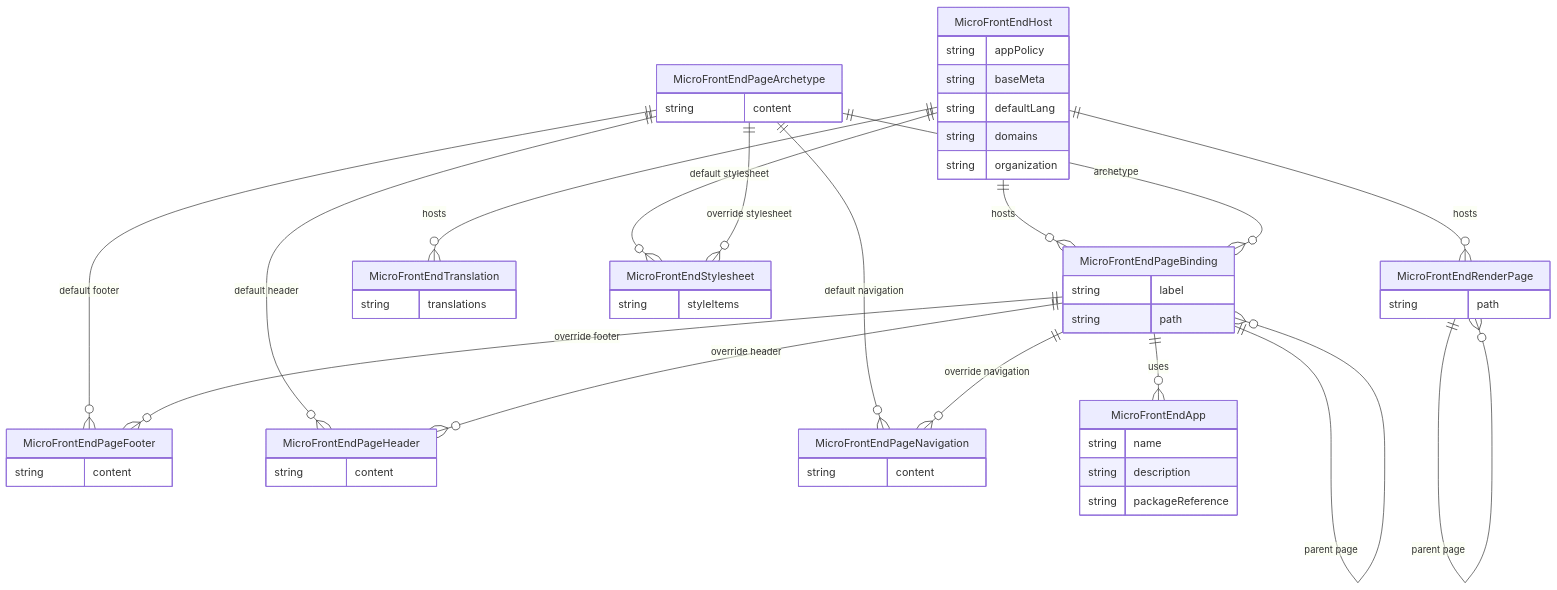
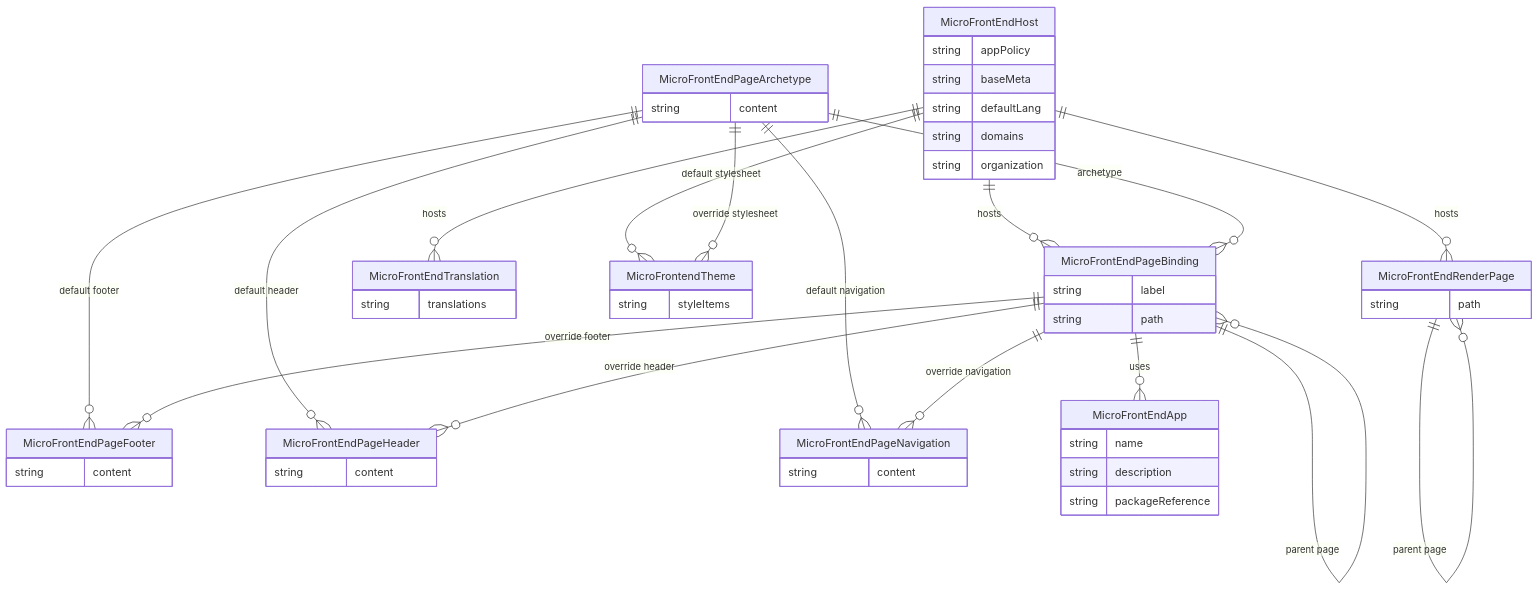
One commit to kdex-tech/kdex-crds changed the diagram in CRD_RELATIONSHIPS.md. Above: the diagram before and after it, drawn with Mermaid. The commit also changed 20 other files, not shown here.

Commit message:
refactor stylesheet into theme

````diff
--- a/CRD_RELATIONSHIPS.md
+++ b/CRD_RELATIONSHIPS.md
@@ -5,68 +5,68 @@
 ```mermaid
 erDiagram
     MicroFrontEndHost ||--o{ MicroFrontEndPageBinding : "hosts"
     MicroFrontEndHost ||--o{ MicroFrontEndRenderPage : "hosts"
     MicroFrontEndHost ||--o{ MicroFrontEndTranslation : "hosts"
-    MicroFrontEndHost ||--o{ MicroFrontEndStylesheet : "default stylesheet"
+    MicroFrontEndHost ||--o{ MicroFrontendTheme : "default stylesheet"
 
     MicroFrontEndPageArchetype ||--o{ MicroFrontEndPageBinding : "archetype"
     MicroFrontEndPageArchetype ||--o{ MicroFrontEndPageFooter : "default footer"
     MicroFrontEndPageArchetype ||--o{ MicroFrontEndPageHeader : "default header"
     MicroFrontEndPageArchetype ||--o{ MicroFrontEndPageNavigation : "default navigation"
-    MicroFrontEndPageArchetype ||--o{ MicroFrontEndStylesheet : "override stylesheet"
+    MicroFrontEndPageArchetype ||--o{ MicroFrontendTheme : "override stylesheet"
 
     MicroFrontEndPageBinding ||--o{ MicroFrontEndApp : "uses"
     MicroFrontEndPageBinding ||--o{ MicroFrontEndPageFooter : "override footer"
     MicroFrontEndPageBinding ||--o{ MicroFrontEndPageHeader : "override header"
     MicroFrontEndPageBinding ||--o{ MicroFrontEndPageNavigation : "override navigation"
     MicroFrontEndPageBinding ||--o{ MicroFrontEndPageBinding : "parent page"
 
     MicroFrontEndRenderPage ||--o{ MicroFrontEndRenderPage : "parent page"
 
     MicroFrontEndApp {
         string name
         string description
         string packageReference
     }
 
     MicroFrontEndHost {
         string appPolicy
         string baseMeta
         string defaultLang
         string domains
         string organization
     }
 
     MicroFrontEndPageArchetype {
         string content
     }
 
     MicroFrontEndPageBinding {
         string label
         string path
     }
 
     MicroFrontEndPageFooter {
         string content
     }
 
     MicroFrontEndPageHeader {
         string content
     }
 
     MicroFrontEndPageNavigation {
         string content
     }
 
     MicroFrontEndRenderPage {
         string path
     }
 
-    MicroFrontEndStylesheet {
+    MicroFrontendTheme {
         string styleItems
     }
 
     MicroFrontEndTranslation {
         string translations
     }
 ```
````
